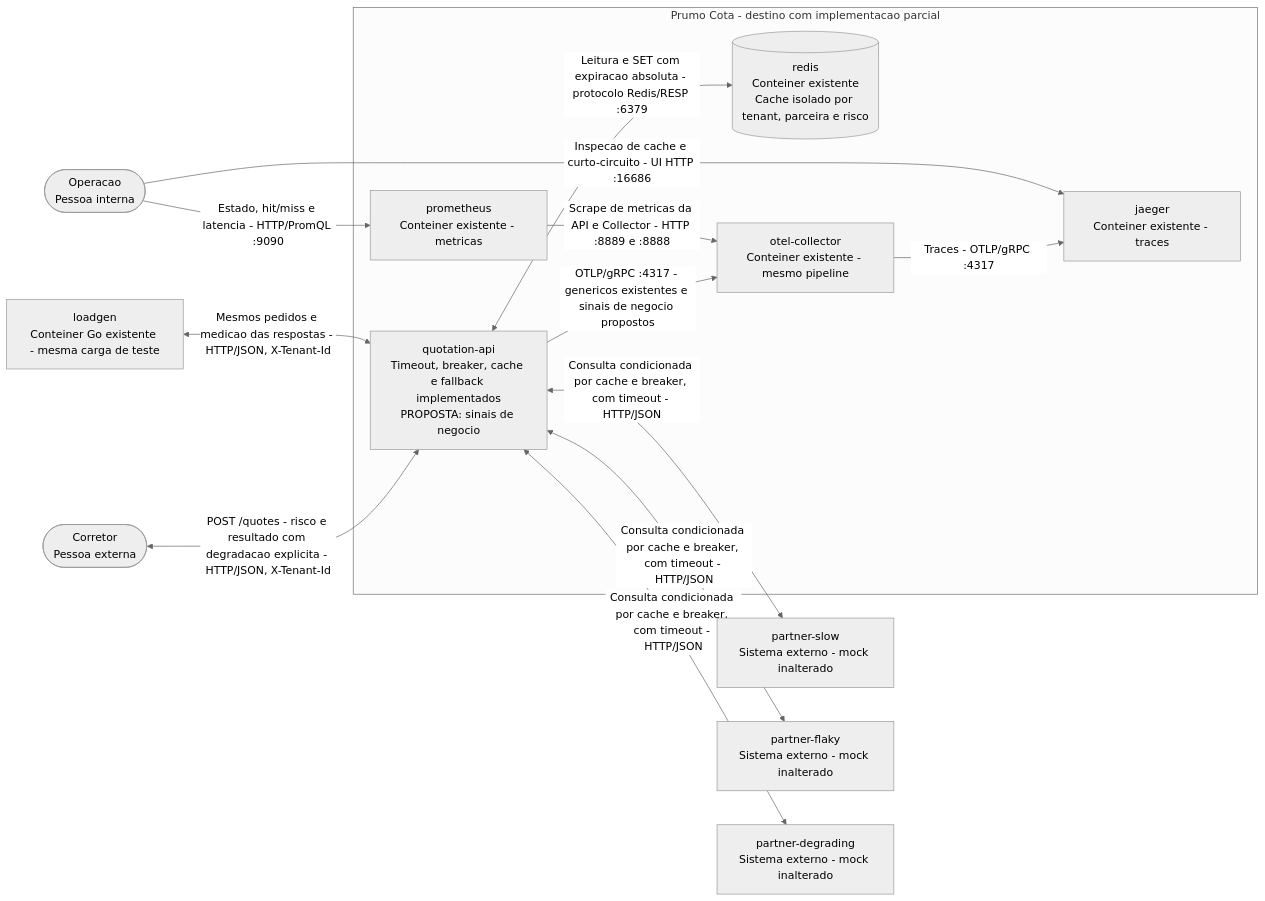
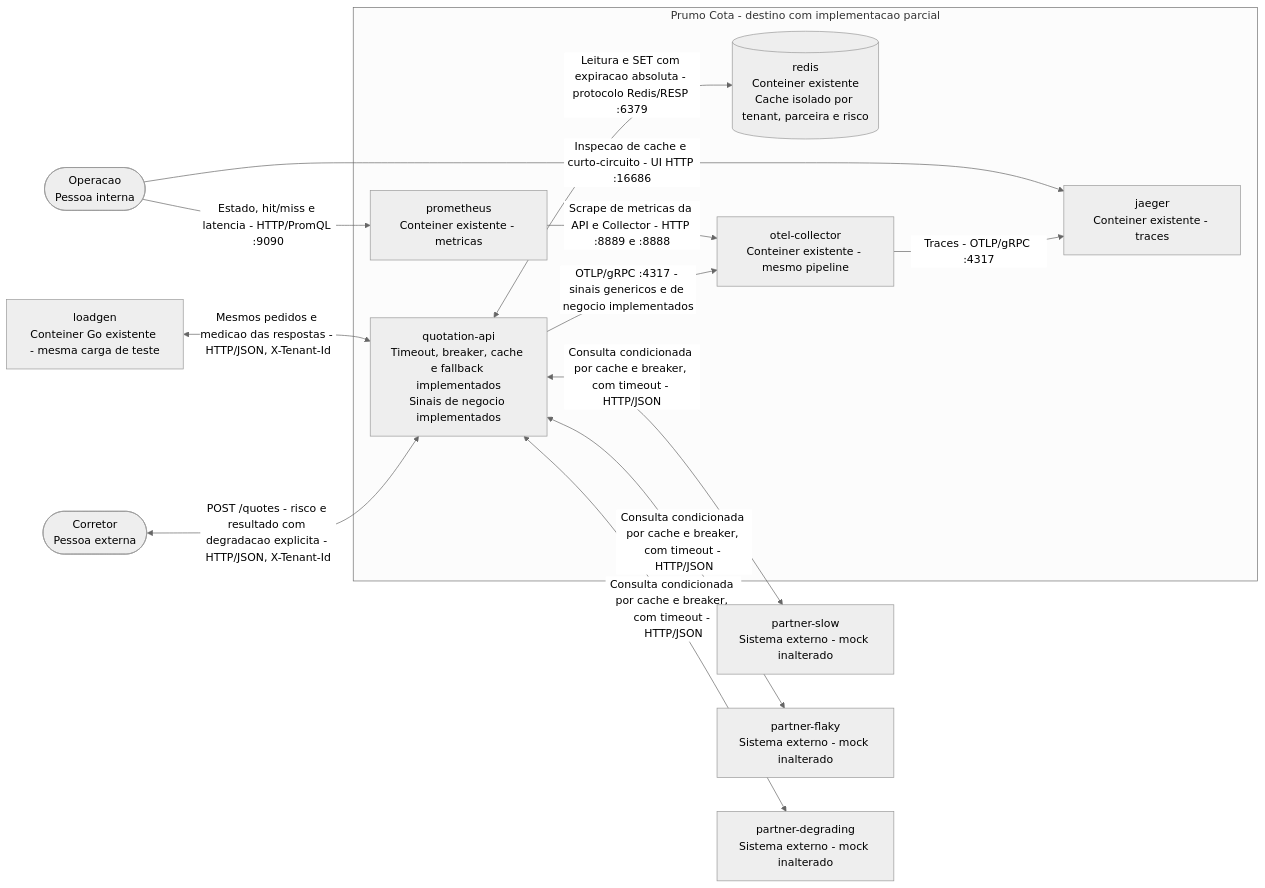
Before and after one commit to thxago/mba_arquitetura_desafio_cotacao_seguros: the third of 4 diagrams in docs/sad.md, drawn with Mermaid (neutral theme). The commit also changed other lines of this file and 12 other files, not shown here.

First line of the commit message:
feat: add telemetry for circuit breaker and cache metrics

````diff
--- a/docs/sad.md
+++ b/docs/sad.md
@@ -137,27 +137,27 @@
 ```mermaid
 flowchart LR
     broker(["Corretor<br/>Pessoa externa"])
     operator(["Operacao<br/>Pessoa interna"])
     load["loadgen<br/>Conteiner Go existente - mesma carga de teste"]
     subgraph prumo["Prumo Cota - destino com implementacao parcial"]
-        api["quotation-api<br/>Timeout, breaker, cache e fallback implementados<br/>PROPOSTA: sinais de negocio"]
+        api["quotation-api<br/>Timeout, breaker, cache e fallback implementados<br/>Sinais de negocio implementados"]
         redis[("redis<br/>Conteiner existente<br/>Cache isolado por tenant, parceira e risco")]
         collector["otel-collector<br/>Conteiner existente - mesmo pipeline"]
         jaeger["jaeger<br/>Conteiner existente - traces"]
         prometheus["prometheus<br/>Conteiner existente - metricas"]
     end
     slow["partner-slow<br/>Sistema externo - mock inalterado"]
     flaky["partner-flaky<br/>Sistema externo - mock inalterado"]
     degrading["partner-degrading<br/>Sistema externo - mock inalterado"]
     broker <-->|"POST /quotes - risco e resultado com degradacao explicita - HTTP/JSON, X-Tenant-Id"| api
     load <-->|"Mesmos pedidos e medicao das respostas - HTTP/JSON, X-Tenant-Id"| api
     api <-->|"Leitura e SET com expiracao absoluta - protocolo Redis/RESP :6379"| redis
     api <-->|"Consulta condicionada por cache e breaker, com timeout - HTTP/JSON"| slow
     api <-->|"Consulta condicionada por cache e breaker, com timeout - HTTP/JSON"| flaky
     api <-->|"Consulta condicionada por cache e breaker, com timeout - HTTP/JSON"| degrading
-    api -->|"OTLP/gRPC :4317 - genericos existentes e sinais de negocio propostos"| collector
+    api -->|"OTLP/gRPC :4317 - sinais genericos e de negocio implementados"| collector
     collector -->|"Traces - OTLP/gRPC :4317"| jaeger
     prometheus -->|"Scrape de metricas da API e Collector - HTTP :8889 e :8888"| collector
     operator -->|"Inspecao de cache e curto-circuito - UI HTTP :16686"| jaeger
     operator -->|"Estado, hit/miss e latencia - HTTP/PromQL :9090"| prometheus
 ```
````
